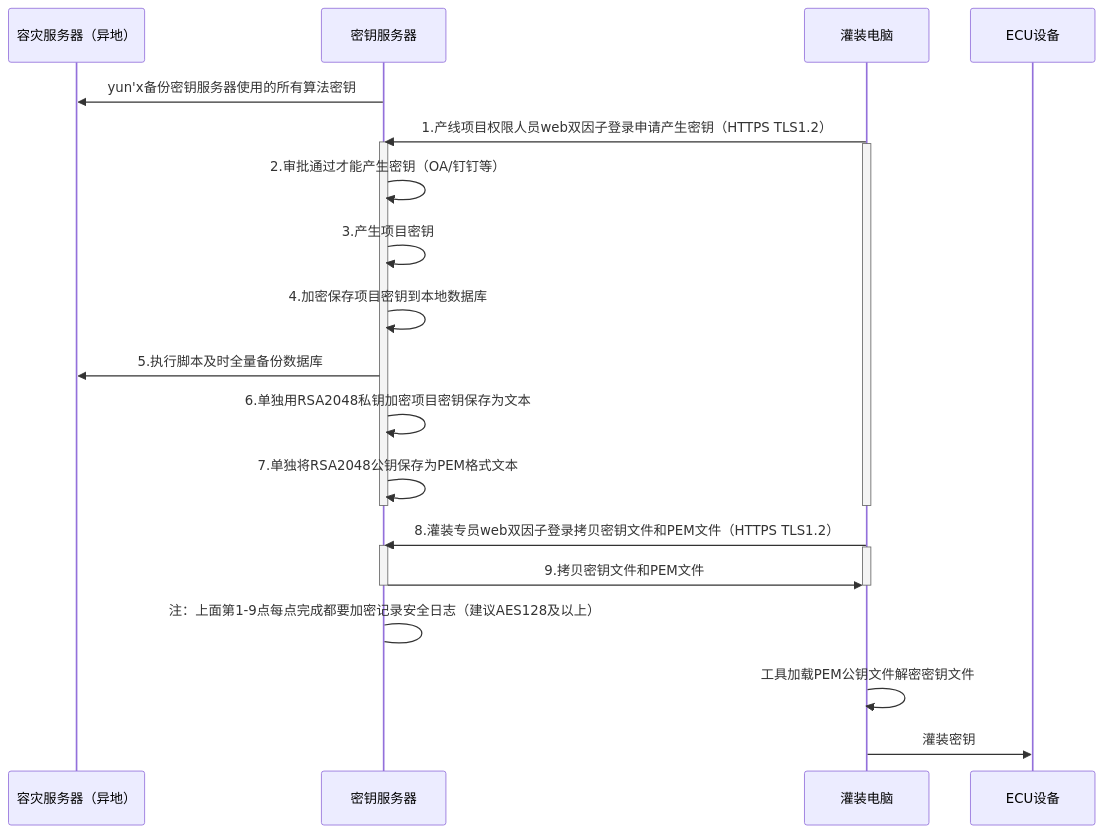
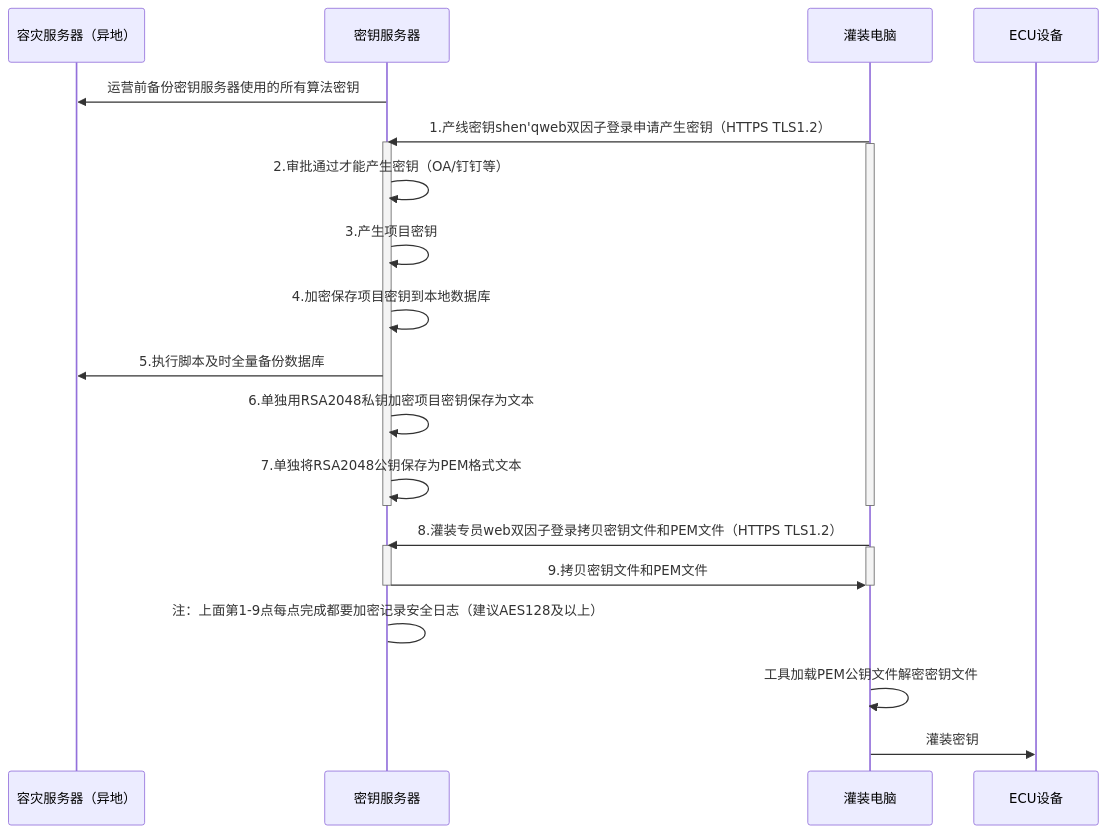
One commit to facebook-cloud/iodraw-files changed the diagram in all/未命名-15.md. Above: the diagram before and after it, drawn with Mermaid.

Commit message:
2026-02-12 16:35:33 update

````diff
--- a/all/未命名-15.md
+++ b/all/未命名-15.md
@@ -1,32 +1,32 @@
 ```mermaid
 sequenceDiagram
     participant A as 容灾服务器（异地）
     participant B as 密钥服务器
     participant D as 灌装电脑
     participant E as ECU设备
 
-    B->>A: yun'x备份密钥服务器使用的所有算法密钥
-    D->>B: 1.产线项目权限人员web双因子登录申请产生密钥（HTTPS TLS1.2）
+    B->>A: 运营前备份密钥服务器使用的所有算法密钥
+    D->>B: 1.产线密钥shen'qweb双因子登录申请产生密钥（HTTPS TLS1.2）
     activate B
     activate D
     B->>B: 2.审批通过才能产生密钥（OA/钉钉等）
     B->>B: 3.产生项目密钥
     B->>B: 4.加密保存项目密钥到本地数据库
     B->>A: 5.执行脚本及时全量备份数据库
     B->>B: 6.单独用RSA2048私钥加密项目密钥保存为文本
     B->>B: 7.单独将RSA2048公钥保存为PEM格式文本
     deactivate B
     deactivate D
     
     D->>B: 8.灌装专员web双因子登录拷贝密钥文件和PEM文件（HTTPS TLS1.2）
     activate B
     activate D
     B->>D: 9.拷贝密钥文件和PEM文件
     deactivate B
     deactivate D
     B->B: 注：上面第1-9点每点完成都要加密记录安全日志（建议AES128及以上）
 
     D->>D:工具加载PEM公钥文件解密密钥文件
     
     D->>E: 灌装密钥
 ```
````
